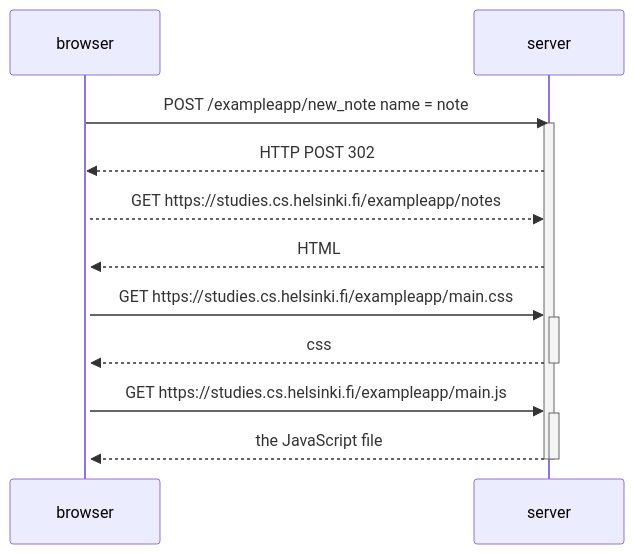
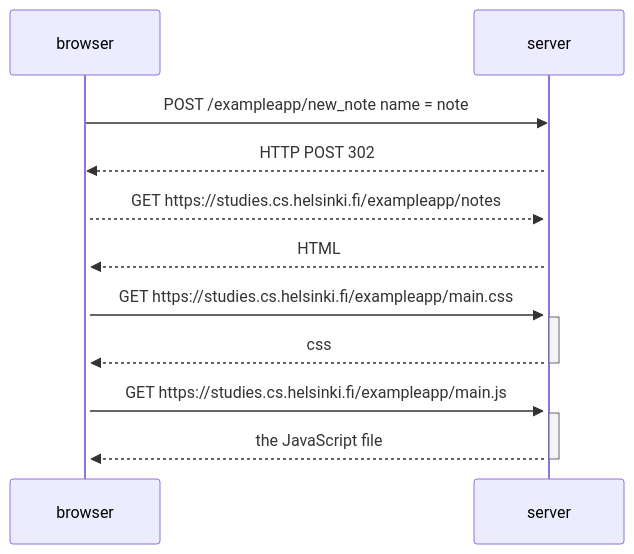
The diagram in part0/0.4 New note diagram/README.md (EmreTokyuez/full_stack_open), drawn with Mermaid before and after one commit. The commit also changed 2 other files, not shown here.

````diff
--- a/part0/0.4 New note diagram/README.md
+++ b/part0/0.4 New note diagram/README.md
@@ -1,21 +1,19 @@
 ```mermaid 
 sequenceDiagram
     participant browser
     participant server
     browser->>server: POST /exampleapp/new_note name = note
     activate server
     server-->>browser: HTTP POST 302
-    
     activate browser
     browser-->>server: GET https://studies.cs.helsinki.fi/exampleapp/notes
     server-->>browser: HTML
     browser->>server: GET https://studies.cs.helsinki.fi/exampleapp/main.css
     activate server
     server-->>browser: css
     deactivate server
     browser->>server: GET https://studies.cs.helsinki.fi/exampleapp/main.js
     activate server
     server-->>browser: the JavaScript file
     deactivate server
-    deactivate server
 ```
````
